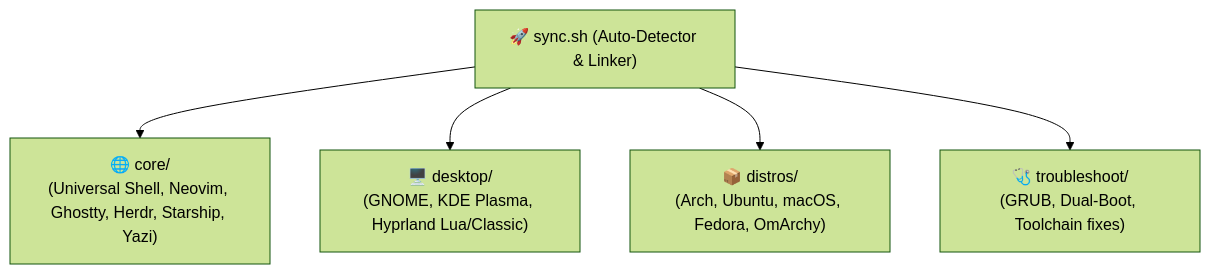
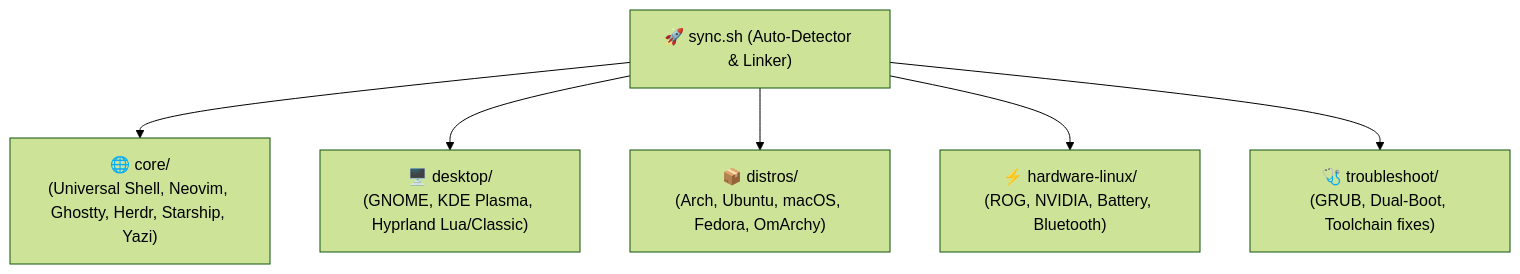
One commit to Codesmith28/archConfig changed the diagram in README.md. Above: the diagram before and after it, drawn with Mermaid (forest theme). The commit also changed other lines of this file and 57 other files, not shown here.

````diff
--- a/README.md
+++ b/README.md
@@ -24,13 +24,15 @@
 ```mermaid
 graph TD
     Sync["🚀 sync.sh (Auto-Detector & Linker)"]
     Core["🌐 core/<br/>(Universal Shell, Neovim, Ghostty, Herdr, Starship, Yazi)"]
     Desktop["🖥️ desktop/<br/>(GNOME, KDE Plasma, Hyprland Lua/Classic)"]
     Distros["📦 distros/<br/>(Arch, Ubuntu, macOS, Fedora, OmArchy)"]
+    Hardware["⚡ hardware-linux/<br/>(ROG, NVIDIA, Battery, Bluetooth)"]
     Troubleshoot["🩺 troubleshoot/<br/>(GRUB, Dual-Boot, Toolchain fixes)"]
     
     Sync --> Core
     Sync --> Desktop
     Sync --> Distros
+    Sync --> Hardware
     Sync --> Troubleshoot
 ```
````
